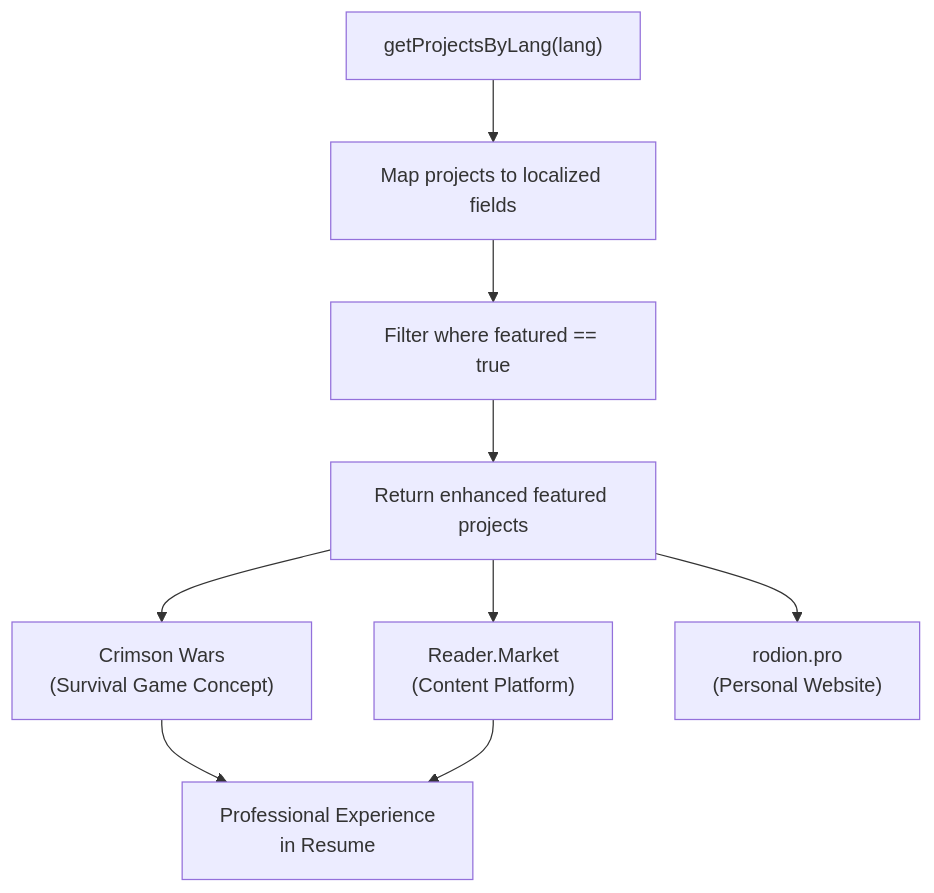
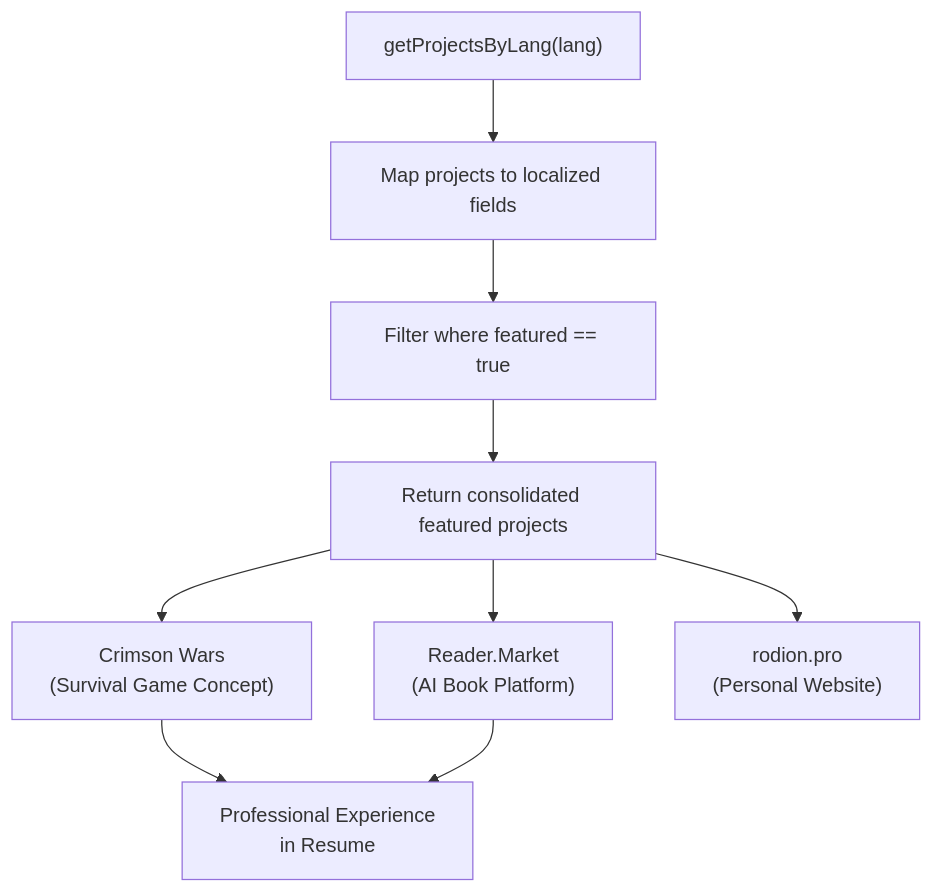
One commit to WizardJIOCb/rodion.pro changed the fifth of 9 diagrams in .qoder/repowiki/en/content/Core Features/Portfolio Project Showcase.md. Above: the diagram before and after it, drawn with Mermaid. The commit also changed other lines of this file and 20 other files, not shown here.

````diff
--- a/.qoder/repowiki/en/content/Core Features/Portfolio Project Showcase.md
+++ b/.qoder/repowiki/en/content/Core Features/Portfolio Project Showcase.md
@@ -312,11 +323,11 @@
 ```mermaid
 flowchart TD
 A["getProjectsByLang(lang)"] --> B["Map projects to localized fields"]
 B --> C["Filter where featured == true"]
-C --> D["Return enhanced featured projects"]
+C --> D["Return consolidated featured projects"]
 D --> E["Crimson Wars<br/>(Survival Game Concept)"]
-D --> F["Reader.Market<br/>(Content Platform)"]
+D --> F["Reader.Market<br/>(AI Book Platform)"]
 D --> G["rodion.pro<br/>(Personal Website)"]
 E --> H["Professional Experience<br/>in Resume"]
 F --> H
 ```
````
